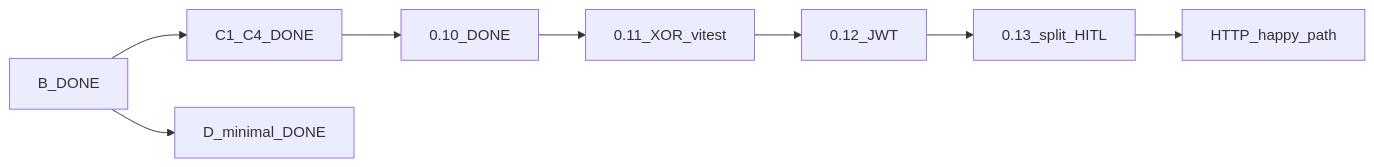
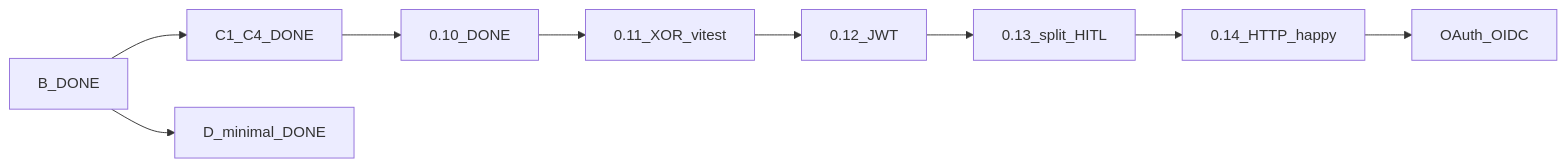
One commit to Spawn2018/OmniRoute changed the diagram in docs/PLAN-REALIZACJA.md. Above: the diagram before and after it, drawn with Mermaid. The commit also changed other lines of this file and 11 other files, not shown here.

````diff
--- a/docs/PLAN-REALIZACJA.md
+++ b/docs/PLAN-REALIZACJA.md
@@ -8,10 +8,11 @@
 ```mermaid
 flowchart LR
   doneB[B_DONE] --> doneC[C1_C4_DONE]
   doneC --> doneC5[0.10_DONE]
   doneC5 --> doneXor[0.11_XOR_vitest]
   doneXor --> doneJwt[0.12_JWT]
   doneJwt --> doneSplit[0.13_split_HITL]
-  doneSplit --> next[HTTP_happy_path]
+  doneSplit --> doneHttp[0.14_HTTP_happy]
+  doneHttp --> next[OAuth_OIDC]
   doneB --> doneD[D_minimal_DONE]
 ```
````
